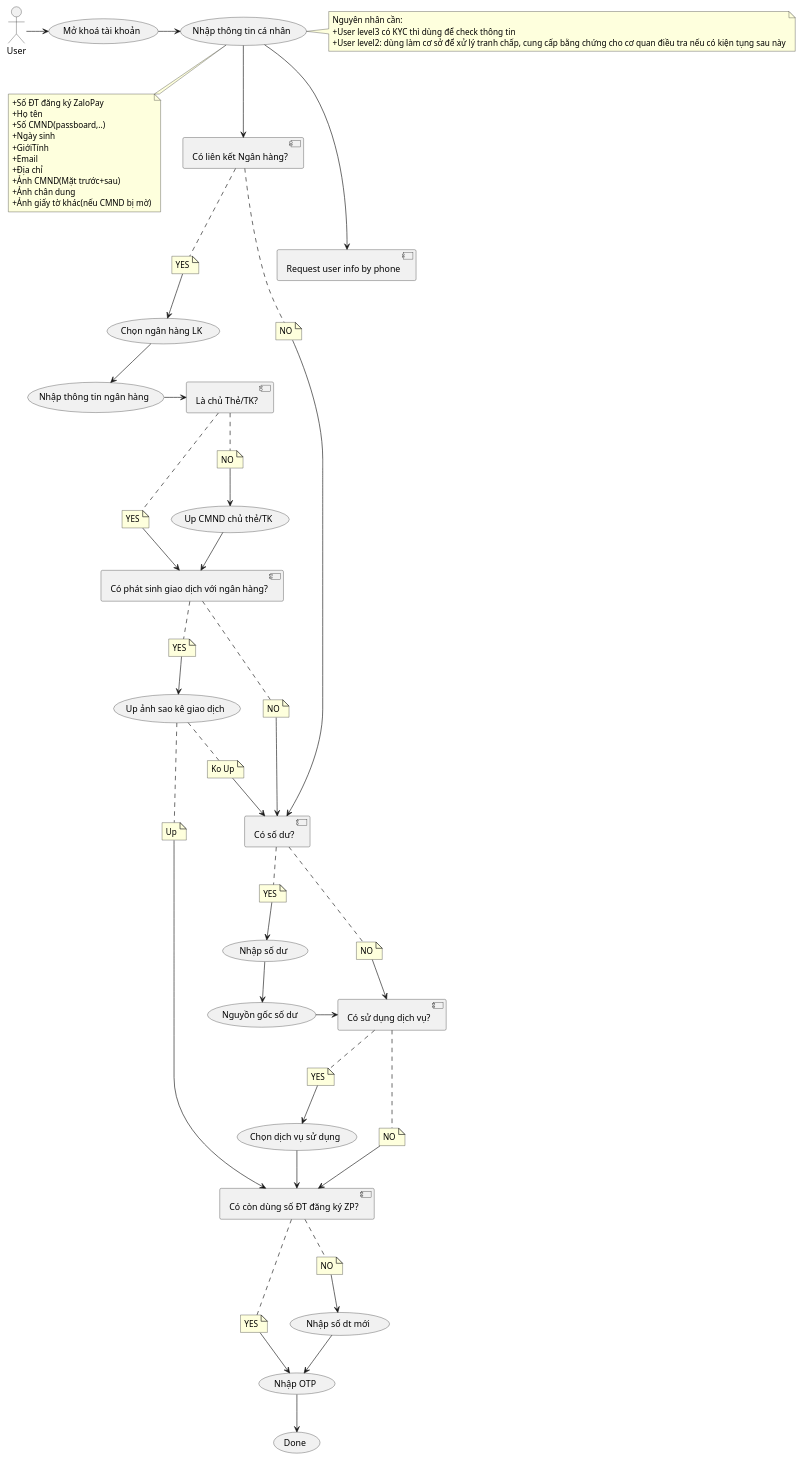
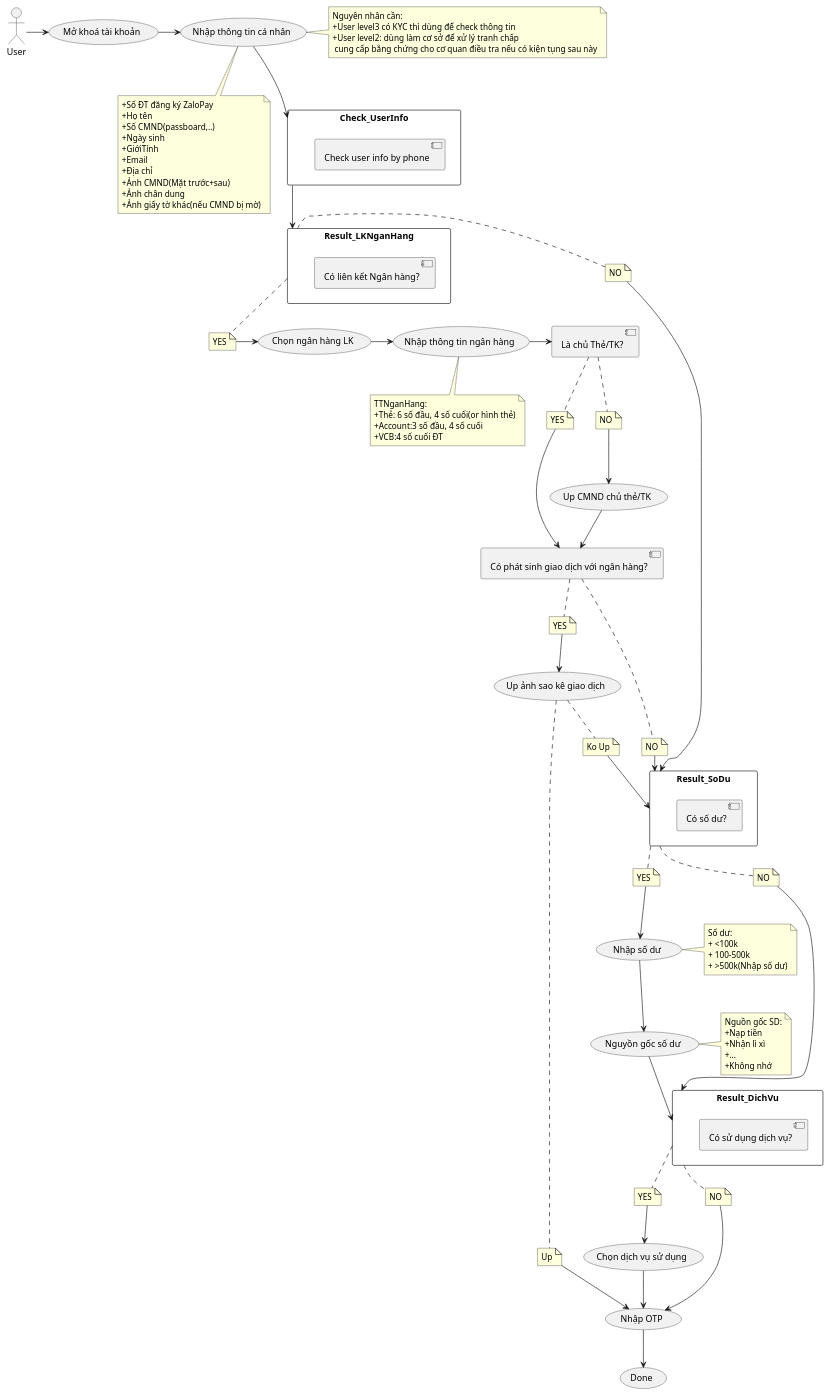
Before and after one commit to nhatlee/InAppTicketDiagram: the diagram in InAppTicket_Case_MoKhoaTK.puml.pu, drawn with PlantUML.

Commit message:
update case MoKhoaTK

```diff
--- a/InAppTicket_Case_MoKhoaTK.puml.pu
+++ b/InAppTicket_Case_MoKhoaTK.puml.pu
@@ -1,94 +1,106 @@
 @startuml
 
 (Mở khoá tài khoản) as (MKTK)
 (Nhập thông tin cá nhân) as (TTCN)
 note "+Số ĐT đăng ký ZaloPay\n+Họ tên\n+Số CMND(passboard,..)\n+Ngày sinh\n+GiớiTính\n+Email\n+Địa chỉ\n+Ảnh CMND(Mặt trước+sau)\n+Ảnh chân dung\n+Ảnh giấy tờ khác(nếu CMND bị mờ)" as N_ThongTin
-note "Nguyên nhân cần:\n+User level3 có KYC thì dùng để check thông tin\n+User level2: dùng làm cơ sở để xử lý tranh chấp, cung cấp bằng chứng cho cơ quan điều tra nếu có kiện tụng sau này" as N_reason
+note "Nguyên nhân cần:\n+User level3 có KYC thì dùng để check thông tin\n+User level2: dùng làm cơ sở để xử lý tranh chấp\n cung cấp bằng chứng cho cơ quan điều tra nếu có kiện tụng sau này" as N_reason
 (TTCN) .. N_ThongTin
 (TTCN) . N_reason
 User -> (MKTK)
 
+rectangle Result_LKNganHang {
+  [LKNH]
+}
 [Có liên kết Ngân hàng?] as [LKNH]
 
 (MKTK) -> (TTCN)
-[Request user info by phone] as [UserInfo]
-(TTCN) ---> [UserInfo]
+rectangle Check_UserInfo {
+[UserInfo]
+}
+[Check user info by phone] as [UserInfo]
+(TTCN) --> Check_UserInfo
 
 
-(TTCN) --> [LKNH]
+Check_UserInfo --> Result_LKNganHang
 
 
 note "YES" as N1
-[LKNH] .. N1
+Result_LKNganHang .. N1
 
 (Chọn ngân hàng LK) as (NHLK)
-N1 --> (NHLK)
+N1 -> (NHLK)
 
 (Nhập thông tin ngân hàng) as (NhapTTNH)
-(NHLK) --> (NhapTTNH)
+note "TTNganHang:\n+Thẻ: 6 số đầu, 4 số cuối(or hình thẻ)\n+Account:3 số đầu, 4 số cuối\n+VCB:4 số cuối ĐT" as N_TTNganHang
+(NhapTTNH) .. N_TTNganHang
+(NHLK) -> (NhapTTNH)
 
 [Là chủ Thẻ/TK?] as [OwnerBank]
 (NhapTTNH) -> [OwnerBank]
 note "YES" as N_Owner_yes
 note "NO" as N_Owner_no
 [OwnerBank] .. N_Owner_yes
 N_Owner_yes -> [PSGD]
 [OwnerBank] .. N_Owner_no
 N_Owner_no --> (Up CMND chủ thẻ/TK)
 [Có phát sinh giao dịch với ngân hàng?] as [PSGD]
 (Up CMND chủ thẻ/TK) --> [PSGD]
 
 note "YES" as N11
 note "NO" as N12
+rectangle Result_SoDu {
+  [SDZP]
+}
 [Có số dư?] as [SDZP]
 (Up ảnh sao kê giao dịch) as (SKGD)
 note "Up" as N_Up
 note "Ko Up" as N_KoUp
 (SKGD) .. N_Up
-N_Up --> [SDT]
+N_Up --> (OTP)
 (SKGD) .. N_KoUp
-N_KoUp --> [SDZP]
+N_KoUp --> Result_SoDu
 
 [PSGD] .. N11
 N11 --> (SKGD)
 
 [PSGD] .. N12
-N12 --> [SDZP]
+N12 --> Result_SoDu
 
 note "NO" as N2
-[LKNH] .. N2
-N2 --> [SDZP]
+Result_LKNganHang . N2
+N2 --> Result_SoDu
+
+rectangle Result_DichVu {
+  [DVSuDung]
+}
 
 note "YES" as n_sd_1
 note "NO" as n_sd_2
-[SDZP] .. n_sd_1
-n_sd_1 --> (Nhập số dư)
-(Nhập số dư) --> (Nguyồn gốc số dư)
-[SDZP] .. n_sd_2
-[Có còn dùng số ĐT đăng ký ZP?] as [SDT]
-n_sd_2 --> [DVSuDung]
+Result_SoDu .. n_sd_1
+(Nhập số dư) as (InPutSoDu)
+(Nguyồn gốc số dư) as (NgGocSoDu)
+note "Nguồn gốc SD:\n+Nạp tiền\n+Nhận lì xì\n+...\n+Không nhớ" as N_NGSD
+(NgGocSoDu) . N_NGSD
+
+n_sd_1 --> (InPutSoDu)
+(InPutSoDu) --> (NgGocSoDu)
+Result_SoDu .. n_sd_2
+note "Số dư:\n+ <100k\n+ 100-500k\n+ >500k(Nhập số dư)" as N_sodu
+(InPutSoDu) . N_sodu
+n_sd_2 --> Result_DichVu
 
 [Có sử dụng dịch vụ?] as [DVSuDung]
-(Nguyồn gốc số dư) -> [DVSuDung]
+(NgGocSoDu) --> Result_DichVu
 note "YES" as N_dv_yes
 note "NO" as N_dv_no
-[DVSuDung] .. N_dv_yes
+Result_DichVu .. N_dv_yes
 N_dv_yes --> (Chọn dịch vụ sử dụng)
-[DVSuDung] .. N_dv_no
-N_dv_no --> [SDT]
-(Chọn dịch vụ sử dụng) --> [SDT]
+Result_DichVu .. N_dv_no
+N_dv_no --> (OTP)
+(Chọn dịch vụ sử dụng) --> (OTP)
 
-
-note "YES" as n_sdt_1
-note "NO" as n_sdt_2
-
-[SDT] .. n_sdt_1
-n_sdt_1 --> (OTP)
-[SDT] .. n_sdt_2
-n_sdt_2 --> (Nhập số dt mới)
 (Nhập OTP) as (OTP)
-(Nhập số dt mới) --> (OTP)
 
 (OTP) --> (Done)
 
 @enduml
```
